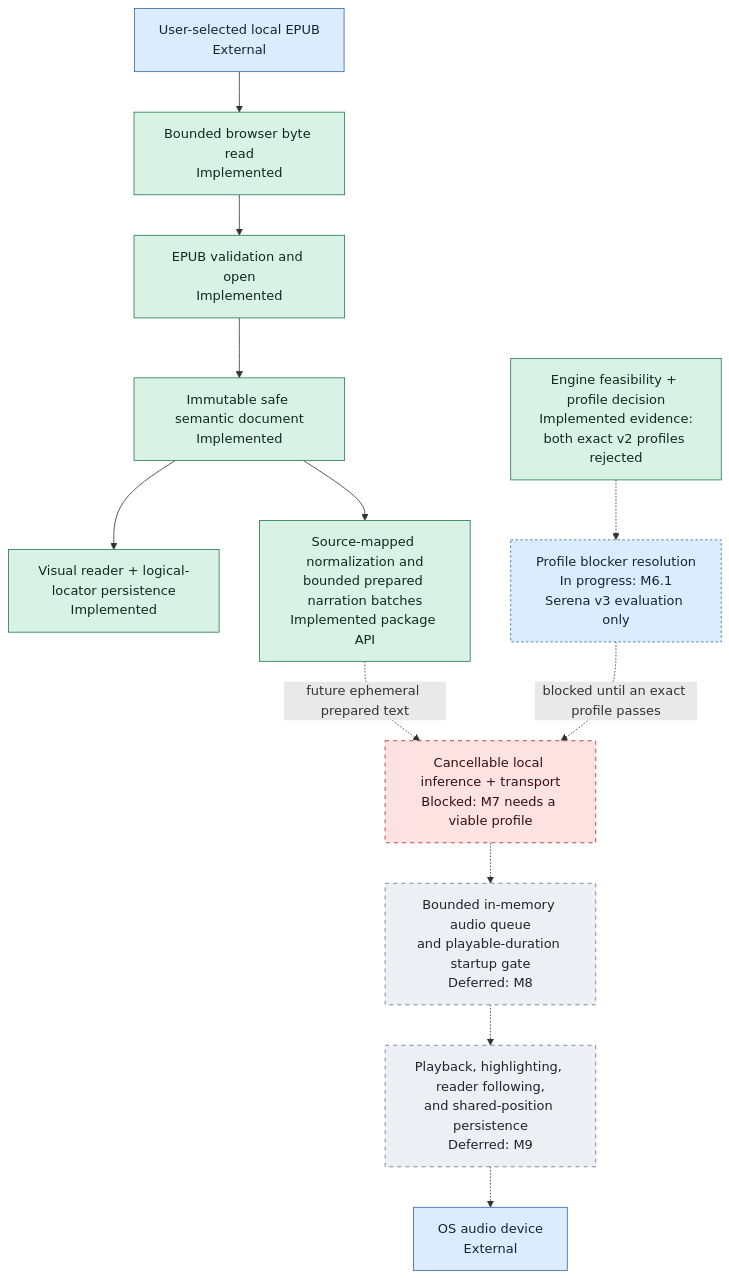
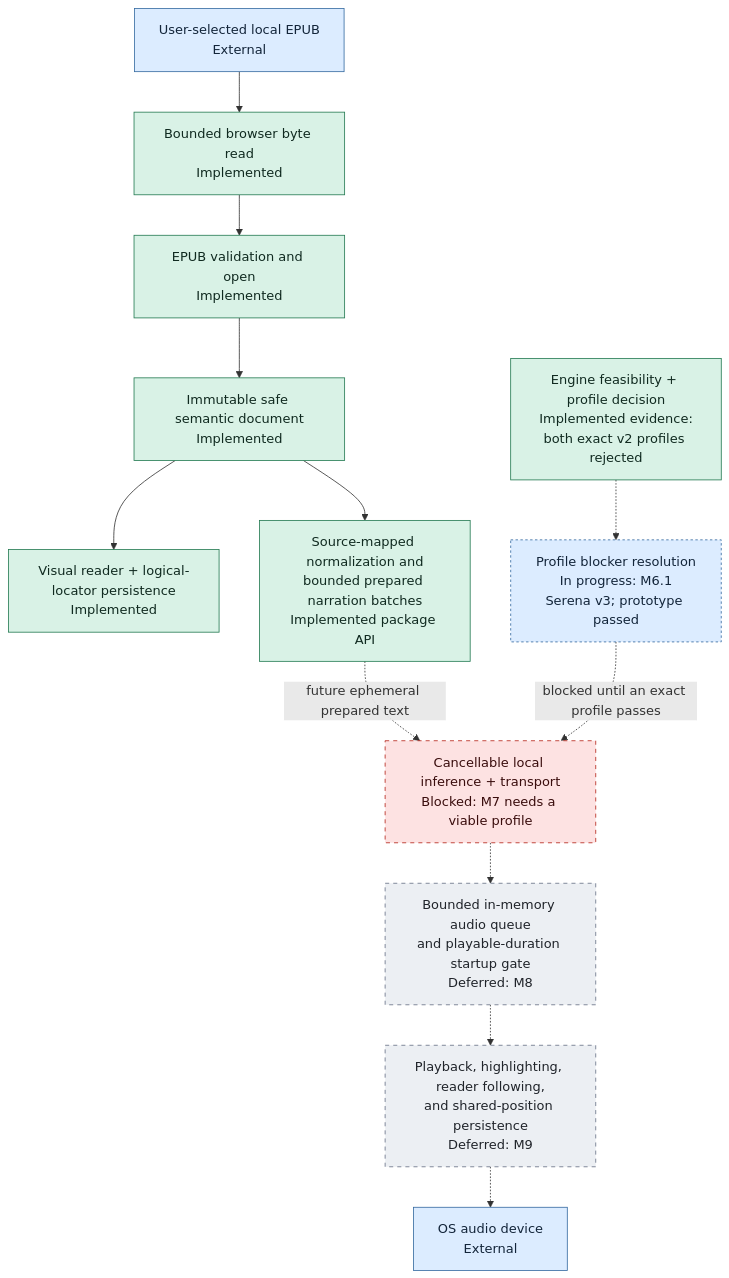
The second of 2 diagrams in docs/architecture/system-diagram.md (mmjosedaniel/voxleaf), drawn with Mermaid before and after one commit. The commit also changed other lines of this file and 21 other files, not shown here.

````diff
--- a/docs/architecture/system-diagram.md
+++ b/docs/architecture/system-diagram.md
@@ -103,31 +103,31 @@
 ```mermaid
 flowchart TD
     classDef implemented fill:#d9f2e6,stroke:#247a52,color:#102a20
     classDef progress fill:#dcecff,stroke:#356aa0,color:#13253a,stroke-dasharray: 3 3
     classDef planned fill:#fff0c7,stroke:#9a6b00,color:#332400,stroke-dasharray: 5 5
     classDef blocked fill:#fde2e2,stroke:#b42318,color:#3a0d0d,stroke-dasharray: 5 5
     classDef deferred fill:#eceff3,stroke:#667085,color:#20242a,stroke-dasharray: 5 5
     classDef external fill:#dcecff,stroke:#356aa0,color:#13253a
 
     FILE["User-selected local EPUB<br/>External"]:::external
     READ["Bounded browser byte read<br/>Implemented"]:::implemented
     OPEN["EPUB validation and open<br/>Implemented"]:::implemented
     SAFE["Immutable safe semantic document<br/>Implemented"]:::implemented
     VISUAL["Visual reader + logical-locator persistence<br/>Implemented"]:::implemented
     PREP["Source-mapped normalization and<br/>bounded prepared narration batches<br/>Implemented package API"]:::implemented
     PROFILE["Engine feasibility + profile decision<br/>Implemented evidence:<br/>both exact v2 profiles rejected"]:::implemented
-    NEXT_PROFILE["Profile blocker resolution<br/>In progress: M6.1<br/>Serena v3 evaluation only"]:::progress
+    NEXT_PROFILE["Profile blocker resolution<br/>In progress: M6.1<br/>Serena v3; prototype passed"]:::progress
     INFER["Cancellable local inference + transport<br/>Blocked: M7 needs a viable profile"]:::blocked
     BUFFER["Bounded in-memory audio queue<br/>and playable-duration startup gate<br/>Deferred: M8"]:::deferred
     FOLLOW["Playback, highlighting, reader following,<br/>and shared-position persistence<br/>Deferred: M9"]:::deferred
     DEVICE["OS audio device<br/>External"]:::external
 
     FILE --> READ --> OPEN --> SAFE --> VISUAL
     SAFE --> PREP
     PREP -.->|"future ephemeral prepared text"| INFER
     PROFILE -.-> NEXT_PROFILE
     NEXT_PROFILE -.->|"blocked until an exact profile passes"| INFER
     INFER -.-> BUFFER
     BUFFER -.-> FOLLOW
     FOLLOW -.-> DEVICE
 ```
````
